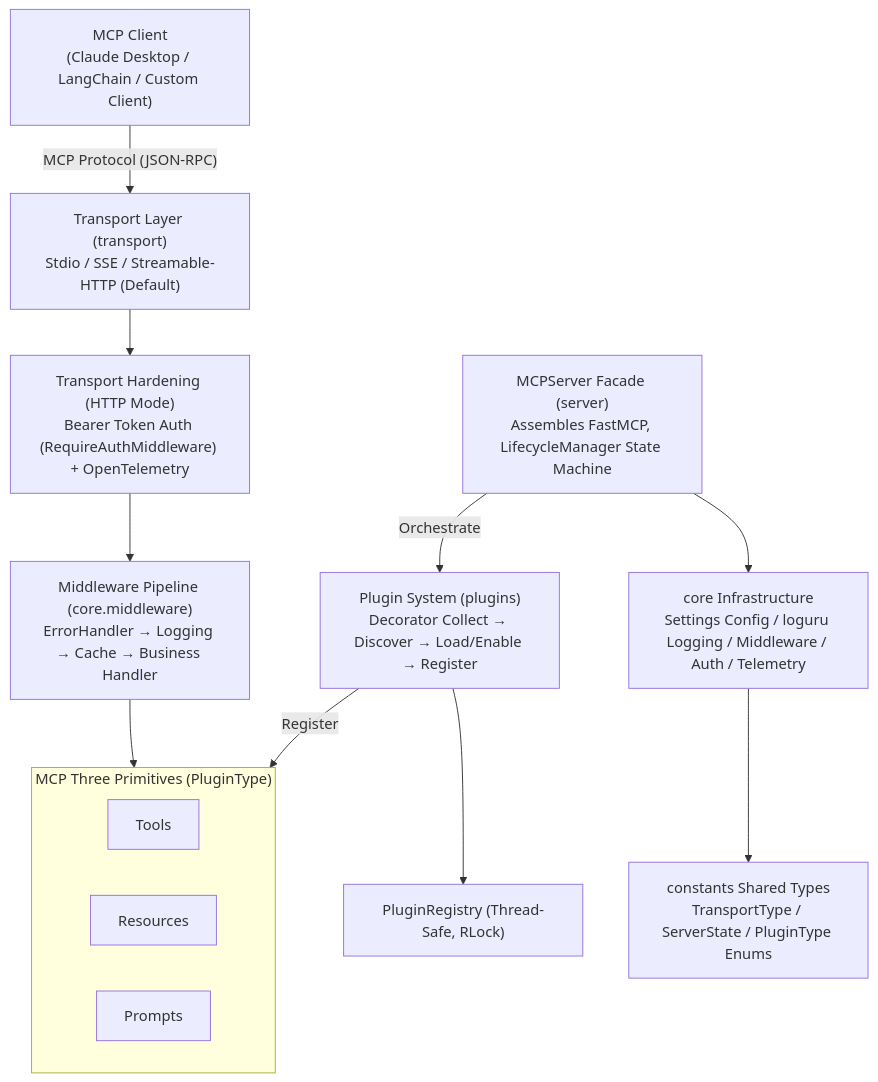
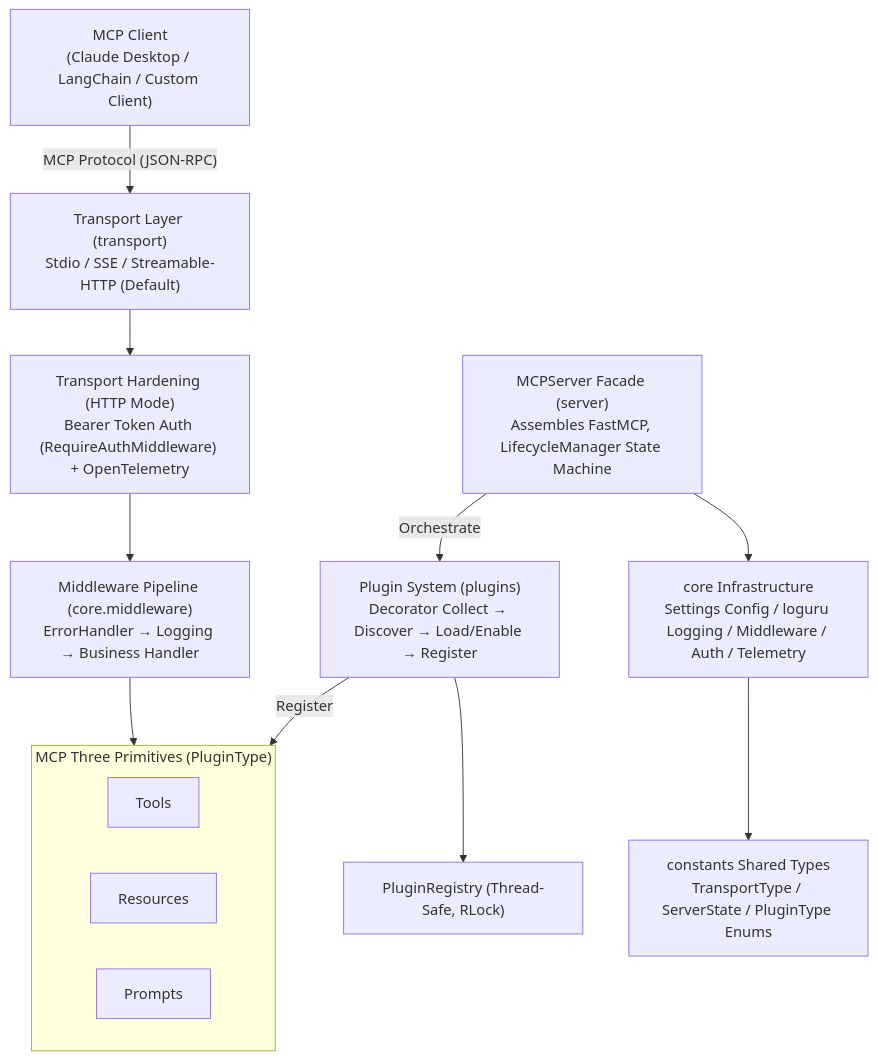
The first of 4 diagrams in README.en.md (chain-engine/x-QiuChi), drawn with Mermaid before and after one commit. The commit also changed other lines of this file and 31 other files, not shown here.

````diff
--- a/README.en.md
+++ b/README.en.md
@@ -384,28 +381,28 @@
 ```mermaid
 flowchart TD
     A["MCP Client<br/>(Claude Desktop / LangChain / Custom Client)"]
     B["Transport Layer (transport)<br/>Stdio / SSE / Streamable-HTTP (Default)"]
     B1["Transport Hardening (HTTP Mode)<br/>Bearer Token Auth (RequireAuthMiddleware) + OpenTelemetry"]
-    C["Middleware Pipeline (core.middleware)<br/>ErrorHandler → Logging → Cache → Business Handler"]
+    C["Middleware Pipeline (core.middleware)<br/>ErrorHandler → Logging → Business Handler"]
     subgraph D["MCP Three Primitives (PluginType)"]
         direction LR
         D1["Tools"]
         D2["Resources"]
         D3["Prompts"]
     end
     E["Plugin System (plugins)<br/>Decorator Collect → Discover → Load/Enable → Register"]
     F["PluginRegistry (Thread-Safe, RLock)"]
     G["MCPServer Facade (server)<br/>Assembles FastMCP, LifecycleManager State Machine"]
     H["core Infrastructure<br/>Settings Config / loguru Logging / Middleware / Auth / Telemetry"]
     I["constants Shared Types<br/>TransportType / ServerState / PluginType Enums"]
 
     A -->|"MCP Protocol (JSON-RPC)"| B
     B --> B1
     B1 --> C
     C --> D
     E -->|"Register"| D
     E --> F
     G -->|"Orchestrate"| E
     G --> H
     H --> I
 ```
````
